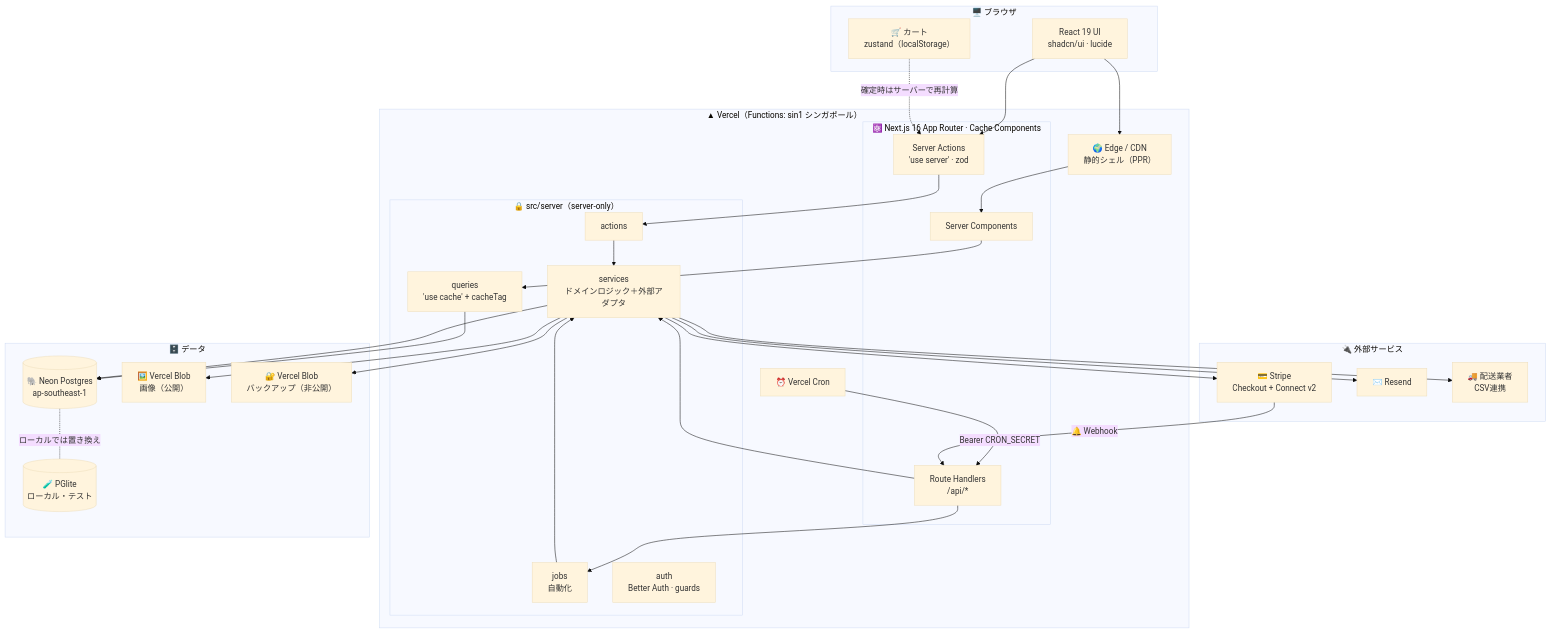
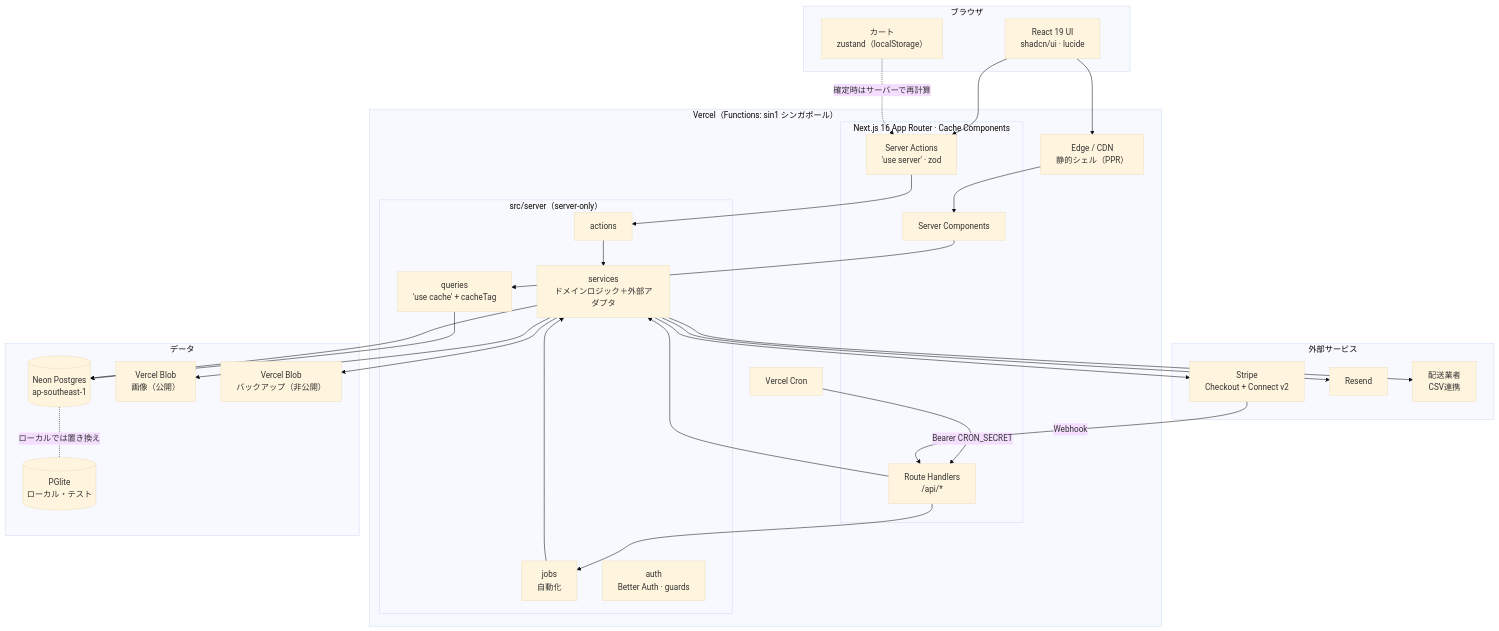
Before and after one commit to bright-broom/online-march: the second of 9 diagrams in README.md, drawn with Mermaid (base theme). The commit also changed other lines of this file, not shown here.

````diff
--- a/README.md
+++ b/README.md
@@ -76,54 +76,54 @@
 ```mermaid
 flowchart TB
-    subgraph Client["🖥️ ブラウザ"]
+    subgraph Client["ブラウザ"]
         UI["React 19 UI<br/>shadcn/ui · lucide"]
-        Cart["🛒 カート<br/>zustand（localStorage）"]
+        Cart["カート<br/>zustand（localStorage）"]
     end
 
-    subgraph Vercel["▲ Vercel（Functions: sin1 シンガポール）"]
-        CDN["🌍 Edge / CDN<br/>静的シェル（PPR）"]
-        subgraph Next["⚛️ Next.js 16 App Router · Cache Components"]
+    subgraph Vercel["Vercel（Functions: sin1 シンガポール）"]
+        CDN["Edge / CDN<br/>静的シェル（PPR）"]
+        subgraph Next["Next.js 16 App Router · Cache Components"]
             RSC["Server Components"]
             SA["Server Actions<br/>'use server' · zod"]
             RH["Route Handlers<br/>/api/*"]
         end
-        subgraph Server["🔒 src/server（server-only）"]
+        subgraph Server["src/server（server-only）"]
             Q["queries<br/>'use cache' + cacheTag"]
             ACT["actions"]
             SVC["services<br/>ドメインロジック＋外部アダプタ"]
             JOBS["jobs<br/>自動化"]
             AUTH["auth<br/>Better Auth · guards"]
         end
-        CRON["⏰ Vercel Cron"]
+        CRON["Vercel Cron"]
     end
 
-    subgraph Data["🗄️ データ"]
-        DB[("🐘 Neon Postgres<br/>ap-southeast-1")]
-        PGL[("🧪 PGlite<br/>ローカル・テスト")]
-        BLOB["🖼️ Vercel Blob<br/>画像（公開）"]
-        BAK["🔐 Vercel Blob<br/>バックアップ（非公開）"]
+    subgraph Data["データ"]
+        DB[("Neon Postgres<br/>ap-southeast-1")]
+        PGL[("PGlite<br/>ローカル・テスト")]
+        BLOB["Vercel Blob<br/>画像（公開）"]
+        BAK["Vercel Blob<br/>バックアップ（非公開）"]
     end
 
-    subgraph Ext["🔌 外部サービス"]
-        STRIPE["💳 Stripe<br/>Checkout + Connect v2"]
-        RESEND["✉️ Resend"]
-        CARRIER["🚚 配送業者<br/>CSV連携"]
+    subgraph Ext["外部サービス"]
+        STRIPE["Stripe<br/>Checkout + Connect v2"]
+        RESEND["Resend"]
+        CARRIER["配送業者<br/>CSV連携"]
     end
 
     UI --> CDN --> RSC
     UI --> SA
     Cart -. "確定時はサーバーで再計算" .-> SA
     RSC --> Q
     SA --> ACT --> SVC
     RH --> SVC
     CRON -- "Bearer CRON_SECRET" --> RH --> JOBS --> SVC
     Q --> DB
     SVC --> DB
     DB -. "ローカルでは置き換え" .- PGL
     SVC --> STRIPE
     SVC --> RESEND
     SVC --> BLOB
     SVC --> BAK
     SVC --> CARRIER
-    STRIPE -- "🔔 Webhook" --> RH
+    STRIPE -- "Webhook" --> RH
 ```
````
